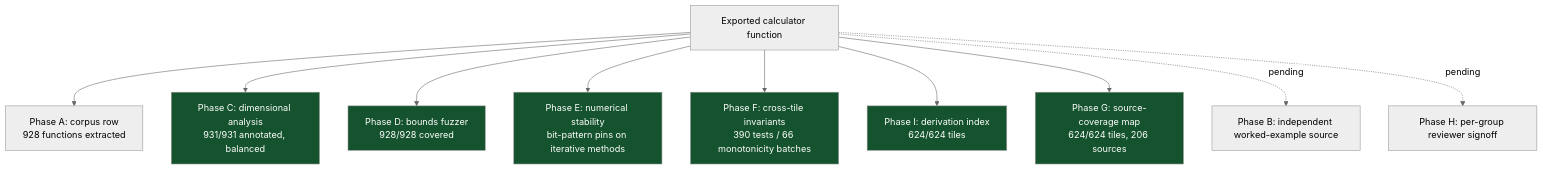
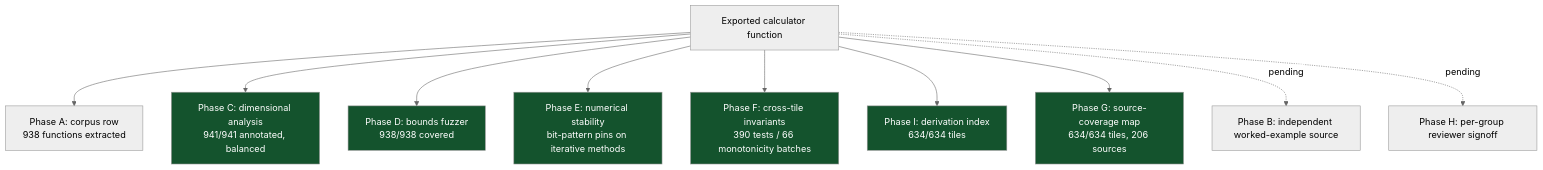
Before and after one commit to clay-good/roughlogic.com: the sixth of 8 diagrams in README.md, drawn with Mermaid (neutral theme). The commit also changed other lines of this file and 20 other files, not shown here.

````diff
--- a/README.md
+++ b/README.md
@@ -444,18 +446,18 @@
 ```mermaid
 flowchart TB
-    F[Exported calculator function] --> A[Phase A: corpus row\n928 functions extracted]
-    F --> C[Phase C: dimensional analysis\n931/931 annotated, balanced]
-    F --> D[Phase D: bounds fuzzer\n928/928 covered]
+    F[Exported calculator function] --> A[Phase A: corpus row\n938 functions extracted]
+    F --> C[Phase C: dimensional analysis\n941/941 annotated, balanced]
+    F --> D[Phase D: bounds fuzzer\n938/938 covered]
     F --> E[Phase E: numerical stability\nbit-pattern pins on iterative methods]
     F --> Fa[Phase F: cross-tile invariants\n390 tests / 66 monotonicity batches]
-    F --> I[Phase I: derivation index\n624/624 tiles]
-    F --> G[Phase G: source-coverage map\n624/624 tiles, 206 sources]
+    F --> I[Phase I: derivation index\n634/634 tiles]
+    F --> G[Phase G: source-coverage map\n634/634 tiles, 206 sources]
     F -.pending.-> B[Phase B: independent worked-example source]
     F -.pending.-> H[Phase H: per-group reviewer signoff]
     style C fill:#14532d,color:#fff
     style D fill:#14532d,color:#fff
     style E fill:#14532d,color:#fff
     style Fa fill:#14532d,color:#fff
     style G fill:#14532d,color:#fff
     style I fill:#14532d,color:#fff
 ```
````
